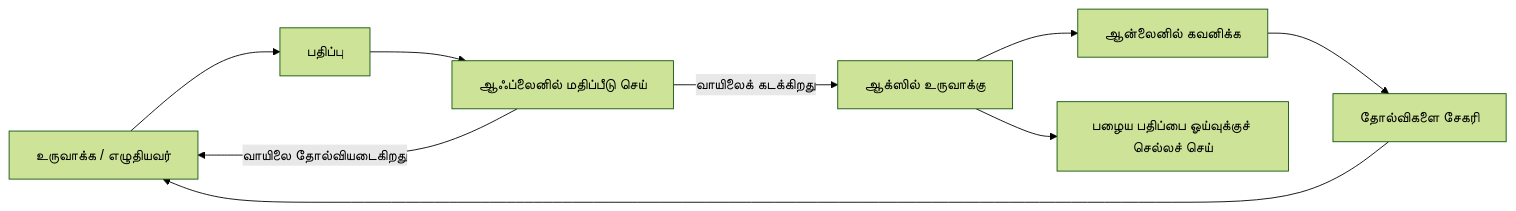
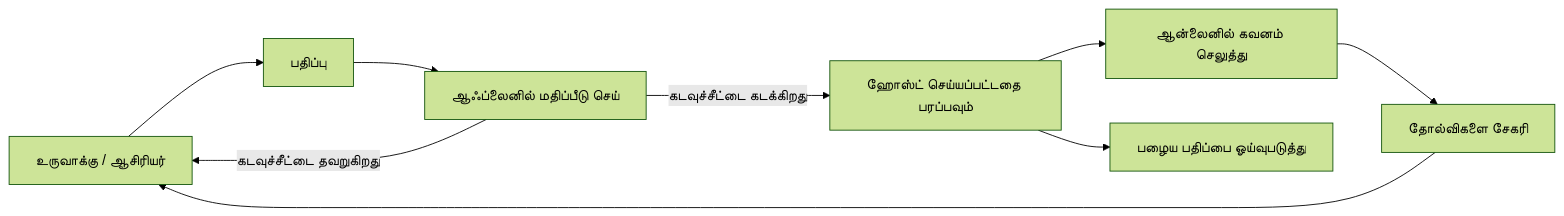
The second of 4 diagrams in mirrors/repos/microsoft@ai-agents-for-beginners/translations/ta/16-deploying-scalable-agents/README.md (gabrielmoreira/agent-skills-mirror), drawn with Mermaid (forest theme) before and after one commit. The commit also changed other lines of this file and 3581 other files, not shown here.

````diff
--- a/mirrors/repos/microsoft@ai-agents-for-beginners/translations/ta/16-deploying-scalable-agents/README.md
+++ b/mirrors/repos/microsoft@ai-agents-for-beginners/translations/ta/16-deploying-scalable-agents/README.md
@@ -108,11 +108,11 @@
 ```mermaid
 flowchart LR
-    Create[உருவாக்க / எழுதியவர்] --> Version[பதிப்பு]
+    Create[உருவாக்கு / ஆசிரியர்] --> Version[பதிப்பு]
     Version --> Evaluate[ஆஃப்லைனில் மதிப்பீடு செய்]
-    Evaluate -->|வாயிலைக் கடக்கிறது| Deploy[ஆக்ஸில் உருவாக்கு]
-    Evaluate -->|வாயிலை தோல்வியடைகிறது| Create
-    Deploy --> Observe[ஆன்லைனில் கவனிக்க]
+    Evaluate -->|கடவுச்சீட்டை கடக்கிறது| Deploy[ஹோஸ்ட் செய்யப்பட்டதை பரப்பவும்]
+    Evaluate -->|கடவுச்சீட்டை தவறுகிறது| Create
+    Deploy --> Observe[ஆன்லைனில் கவனம் செலுத்து]
     Observe --> Improve[தோல்விகளை சேகரி]
     Improve --> Create
-    Deploy --> Retire[பழைய பதிப்பை ஓய்வுக்குச் செல்லச் செய்]
+    Deploy --> Retire[பழைய பதிப்பை ஓய்வுபடுத்து]
 ```
````
